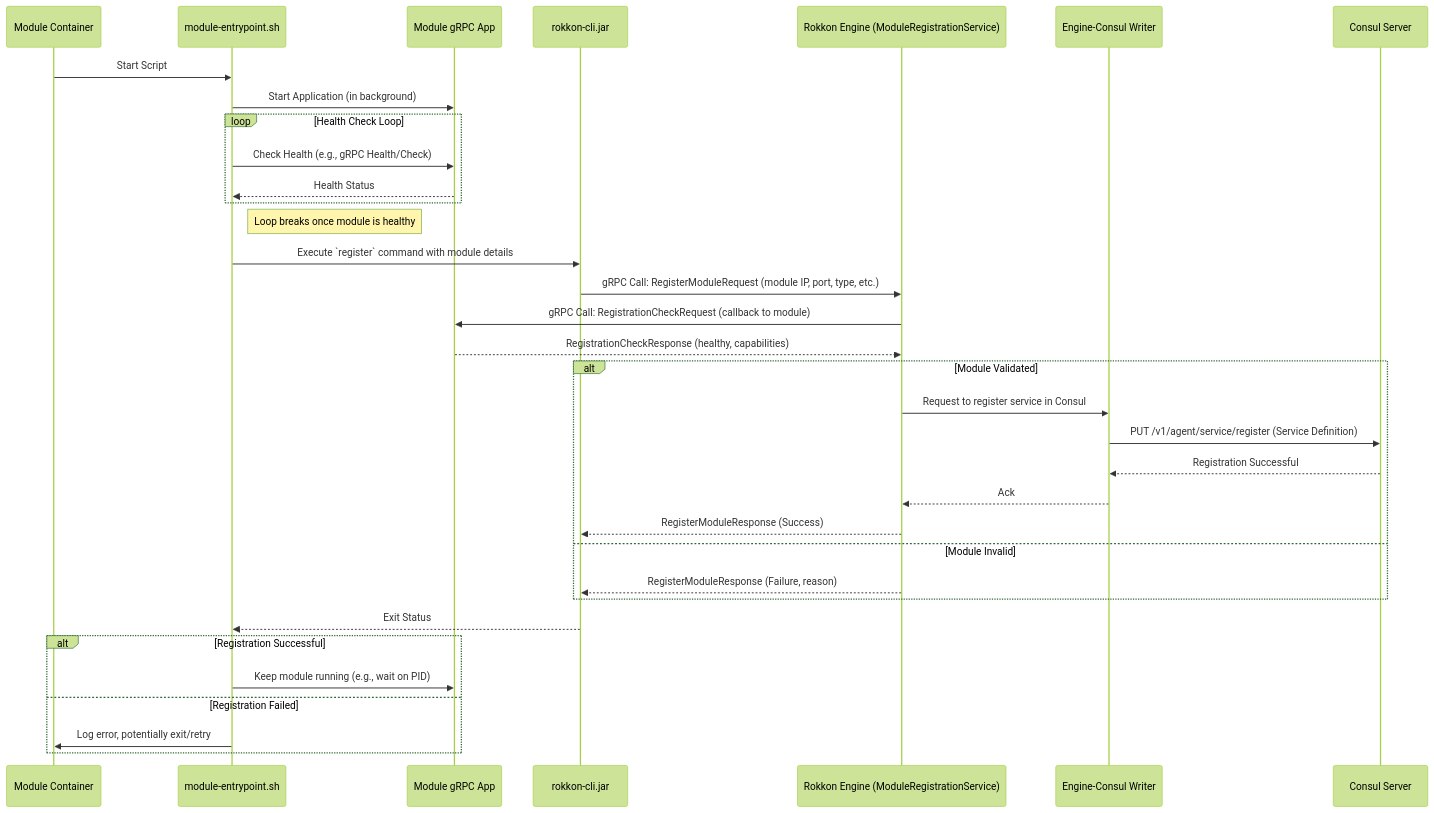
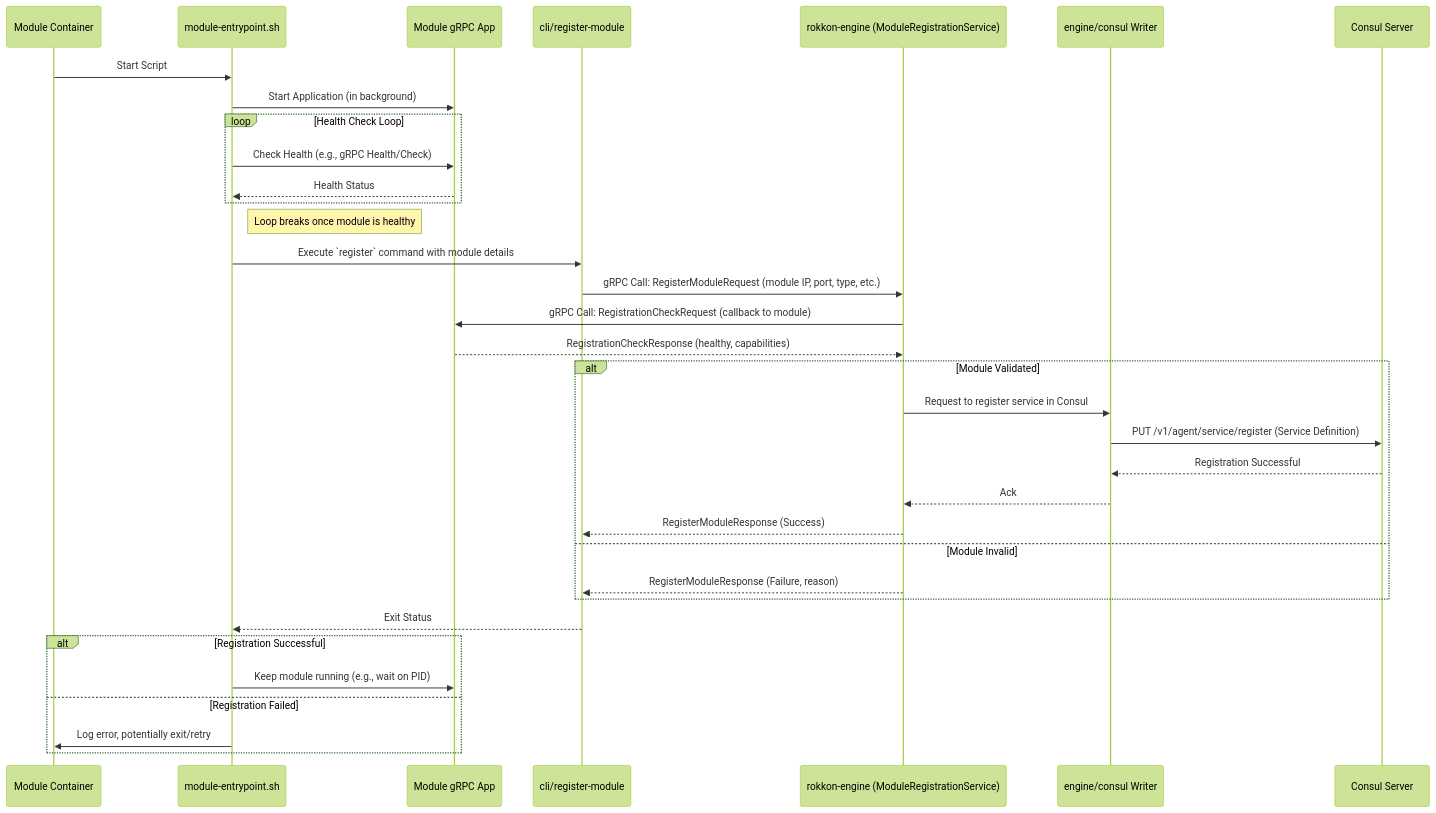
One commit to krickert/rokkon changed the diagram in ARCHITECTURE/Module_deployment.md. Above: the diagram before and after it, drawn with Mermaid (forest theme). The commit also changed other lines of this file and 8 other files, not shown here.

````diff
--- a/ARCHITECTURE/Module_deployment.md
+++ b/ARCHITECTURE/Module_deployment.md
@@ -136,40 +136,40 @@
 ```mermaid
 sequenceDiagram
     participant Container as Module Container
     participant EntrypointScript as module-entrypoint.sh
     participant ModuleApp as Module gRPC App
-    participant RokkonCLI as rokkon-cli.jar
-    participant RokkonEngine as Rokkon Engine (ModuleRegistrationService)
-    participant EngineConsul as Engine-Consul Writer
+    participant RokkonCLI as cli/register-module
+    participant RokkonEngine as rokkon-engine (ModuleRegistrationService)
+    participant EngineConsul as engine/consul Writer
     participant Consul as Consul Server
 
     Container ->> EntrypointScript: Start Script
     EntrypointScript ->> ModuleApp: Start Application (in background)
     loop Health Check Loop
         EntrypointScript ->> ModuleApp: Check Health (e.g., gRPC Health/Check)
         ModuleApp -->> EntrypointScript: Health Status
     end
     note right of EntrypointScript: Loop breaks once module is healthy
     EntrypointScript ->> RokkonCLI: Execute `register` command with module details
     RokkonCLI ->> RokkonEngine: gRPC Call: RegisterModuleRequest (module IP, port, type, etc.)
 
     RokkonEngine ->> ModuleApp: gRPC Call: RegistrationCheckRequest (callback to module)
     ModuleApp -->> RokkonEngine: RegistrationCheckResponse (healthy, capabilities)
 
     alt Module Validated
         RokkonEngine ->> EngineConsul: Request to register service in Consul
         EngineConsul ->> Consul: PUT /v1/agent/service/register (Service Definition)
         Consul -->> EngineConsul: Registration Successful
         EngineConsul -->> RokkonEngine: Ack
         RokkonEngine -->> RokkonCLI: RegisterModuleResponse (Success)
     else Module Invalid
         RokkonEngine -->> RokkonCLI: RegisterModuleResponse (Failure, reason)
     end
 
     RokkonCLI -->> EntrypointScript: Exit Status
     alt Registration Successful
         EntrypointScript ->> ModuleApp: Keep module running (e.g., wait on PID)
     else Registration Failed
         EntrypointScript ->> Container: Log error, potentially exit/retry
     end
 ```
````
